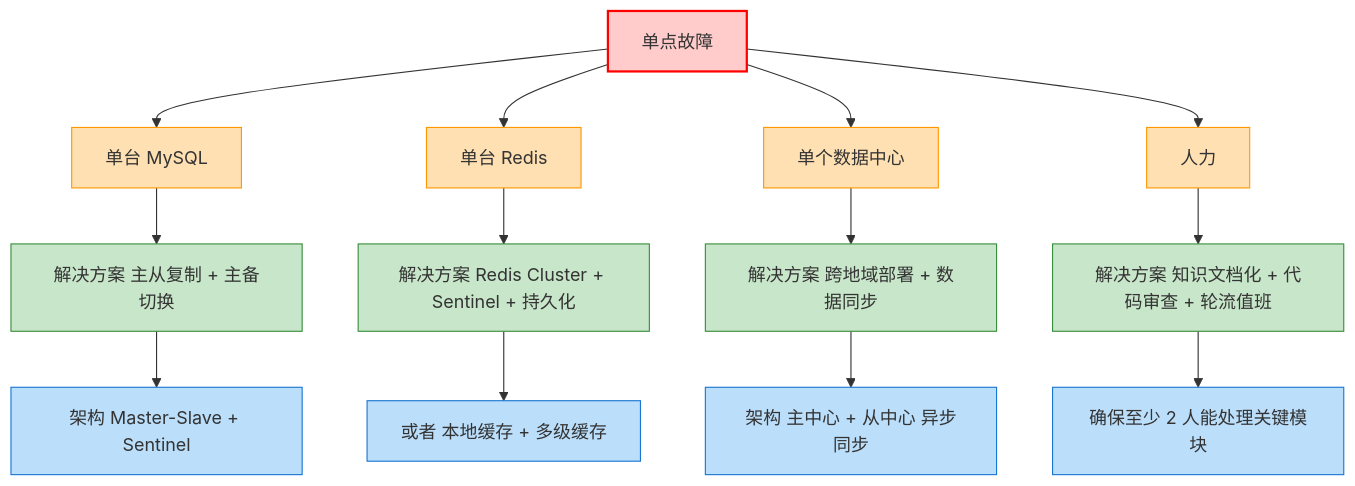
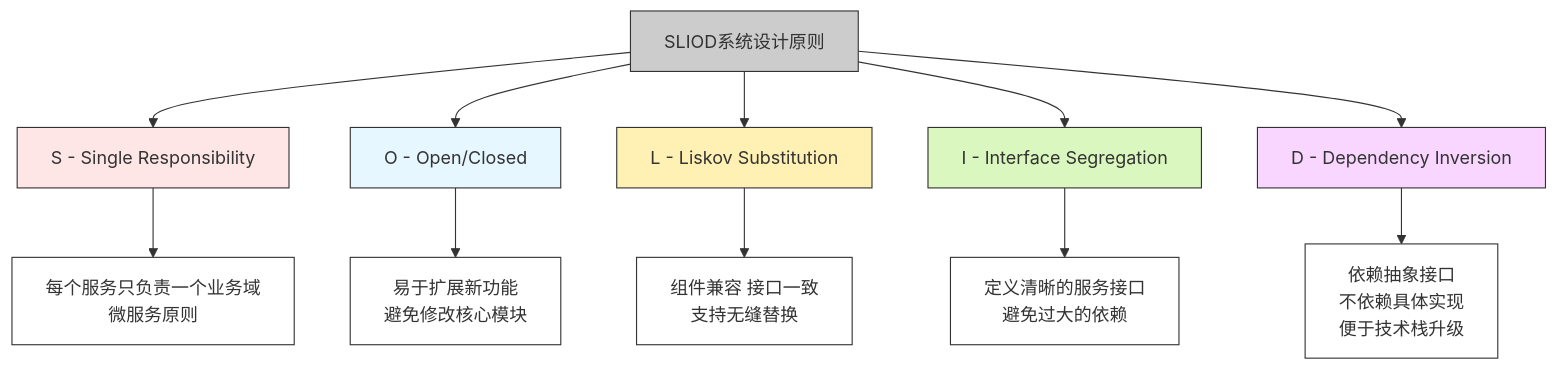
One commit to microwind/algorithms changed the ninth of 13 diagrams in start-here/AI-Era-Programmers-as-System-Design-Engineers.md. Above: the diagram before and after it, drawn with Mermaid. The commit also changed other lines of this file and 3 other files, not shown here.

````diff
--- a/start-here/AI-Era-Programmers-as-System-Design-Engineers.md
+++ b/start-here/AI-Era-Programmers-as-System-Design-Engineers.md
@@ -906,37 +756,30 @@
 ```mermaid
 graph TD
-    A[单点故障] 
-    A --> B1[单台 MySQL]
-    A --> B2[单台 Redis]
-    A --> B3[单个数据中心]
-    A --> B4[人力]
+    style A fill:#ccc,stroke:#333,stroke-width:1px
+    style B fill:#ffe6e6,stroke:#333,stroke-width:1px
+    style C fill:#e6f7ff,stroke:#333,stroke-width:1px
+    style D fill:#fff0b3,stroke:#333,stroke-width:1px
+    style E fill:#d9f7be,stroke:#333,stroke-width:1px
+    style F fill:#f9d6ff,stroke:#333,stroke-width:1px
+    style B1 fill:#fff,stroke:#333,stroke-width:1px
+    style C1 fill:#fff,stroke:#333,stroke-width:1px
+    style D1 fill:#fff,stroke:#333,stroke-width:1px
+    style E1 fill:#fff,stroke:#333,stroke-width:1px
+    style F1 fill:#fff,stroke:#333,stroke-width:1px
 
-    B1 --> C1[解决方案 主从复制 + 主备切换]
-    C1 --> D1[架构 Master-Slave + Sentinel]
+    A[SLIOD系统设计原则]
+    A --> B[S - Single Responsibility]
+    B --> B1[每个服务只负责一个业务域<br>微服务原则]
 
-    B2 --> C2[解决方案 Redis Cluster + Sentinel + 持久化]
-    C2 --> D2[或者 本地缓存 + 多级缓存]
+    A --> C[O - Open/Closed]
+    C --> C1[易于扩展新功能<br>避免修改核心模块]
 
-    B3 --> C3[解决方案 跨地域部署 + 数据同步]
-    C3 --> D3[架构 主中心 + 从中心 异步同步]
+    A --> D[L - Liskov Substitution]
+    D --> D1[组件兼容 接口一致<br>支持无缝替换]
 
-    B4 --> C4[解决方案 知识文档化 + 代码审查 + 轮流值班]
-    C4 --> D4[确保至少 2 人能处理关键模块]
+    A --> E[I - Interface Segregation]
+    E --> E1[定义清晰的服务接口<br>避免过大的依赖]
 
-    %% 节点颜色
-    style A fill:#ffcccb,stroke:#ff0000,stroke-width:2px
-    style B1 fill:#ffe0b2,stroke:#ff9800
-    style B2 fill:#ffe0b2,stroke:#ff9800
-    style B3 fill:#ffe0b2,stroke:#ff9800
-    style B4 fill:#ffe0b2,stroke:#ff9800
-
-    style C1 fill:#c8e6c9,stroke:#388e3c
-    style C2 fill:#c8e6c9,stroke:#388e3c
-    style C3 fill:#c8e6c9,stroke:#388e3c
-    style C4 fill:#c8e6c9,stroke:#388e3c
-
-    style D1 fill:#bbdefb,stroke:#1976d2
-    style D2 fill:#bbdefb,stroke:#1976d2
-    style D3 fill:#bbdefb,stroke:#1976d2
-    style D4 fill:#bbdefb,stroke:#1976d2
+    A --> F[D - Dependency Inversion]
+    F --> F1[依赖抽象接口<br>不依赖具体实现<br>便于技术栈升级]
 ```
````
